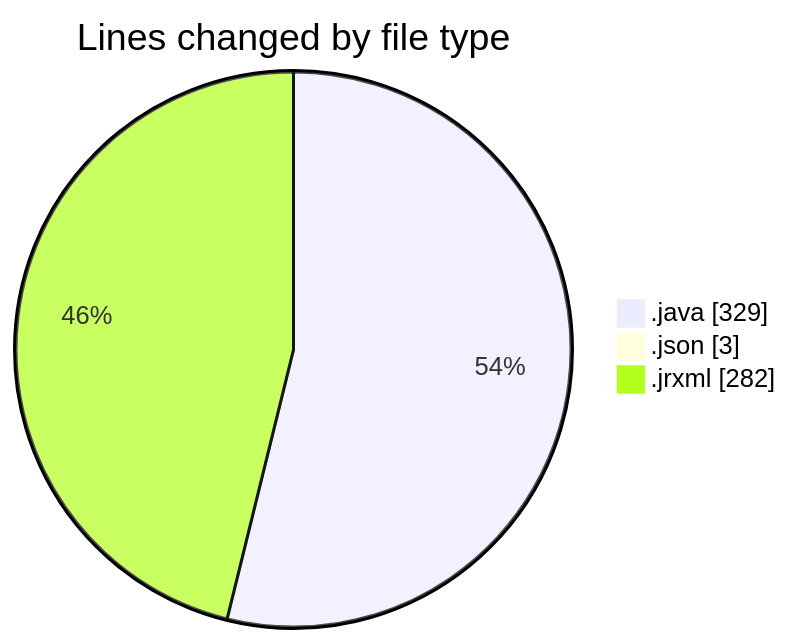
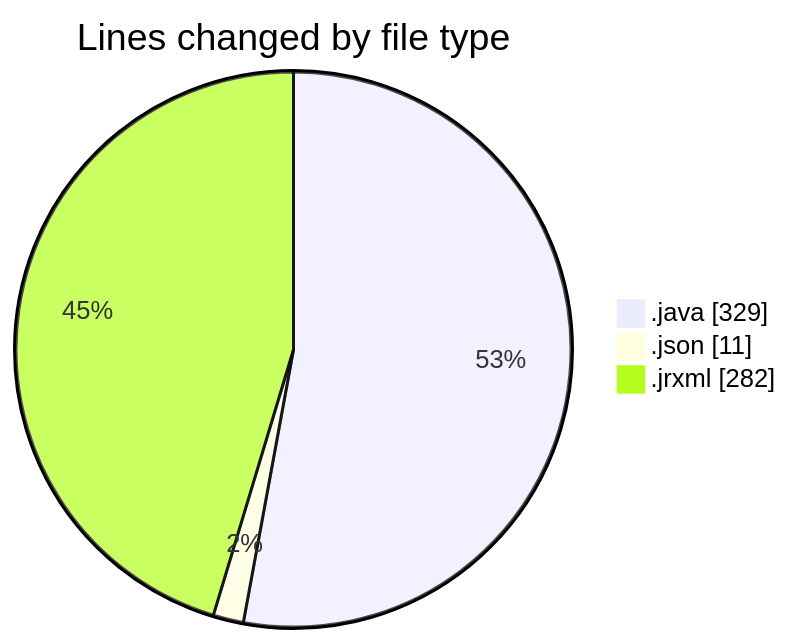
Before and after one commit to ricardozamudiocil/code-tracking: the first of 2 diagrams in 2026-09-16/cilreports__workspace_/README.md, drawn with Mermaid. The commit also changed other lines of this file and 1 other file, not shown here.

````diff
--- a/2026-09-16/cilreports__workspace_/README.md
+++ b/2026-09-16/cilreports__workspace_/README.md
@@ -22,7 +22,7 @@
 ```mermaid
 pie showData
 title Lines changed by file type
 ".java" : 329
-".json" : 3
+".json" : 11
 ".jrxml" : 282
 ```
````
